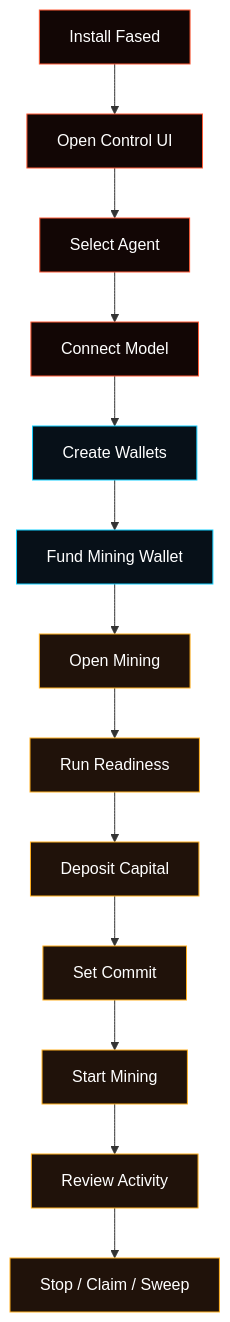
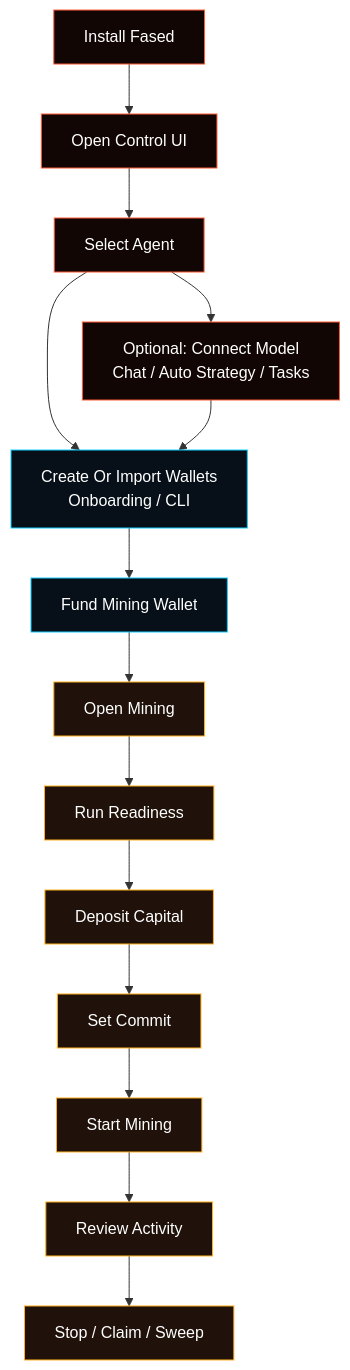
Before and after one commit to fased-ai/fased: the diagram in docs/start/agent-wallet-mining-walkthrough.md, drawn with Mermaid. The commit also changed other lines of this file and 26 other files, not shown here.

````diff
--- a/docs/start/agent-wallet-mining-walkthrough.md
+++ b/docs/start/agent-wallet-mining-walkthrough.md
@@ -22,22 +25,23 @@
 ```mermaid
 flowchart TD
   install["Install Fased"] --> open["Open Control UI"]
   open --> agent["Select Agent"]
-  agent --> model["Connect Model"]
-  model --> wallets["Create Wallets"]
+  agent --> model["Optional: Connect Model<br/>Chat / Auto Strategy / Tasks"]
+  agent --> wallets["Create Or Import Wallets<br/>Onboarding / CLI"]
+  model --> wallets
   wallets --> fund["Fund Mining Wallet"]
   fund --> mining["Open Mining"]
   mining --> ready["Run Readiness"]
   ready --> capital["Deposit Capital"]
   capital --> commit["Set Commit"]
   commit --> start["Start Mining"]
   start --> activity["Review Activity"]
   activity --> stop["Stop / Claim / Sweep"]
 
   classDef setup fill:#120605,stroke:#ff5a36,color:#ffffff;
   classDef wallet fill:#071018,stroke:#12cfff,color:#ffffff;
   classDef mining fill:#20120a,stroke:#ffb020,color:#ffffff;
   class install,open,agent,model setup;
   class wallets,fund wallet;
   class mining,ready,capital,commit,start,activity,stop mining;
 ```
````
